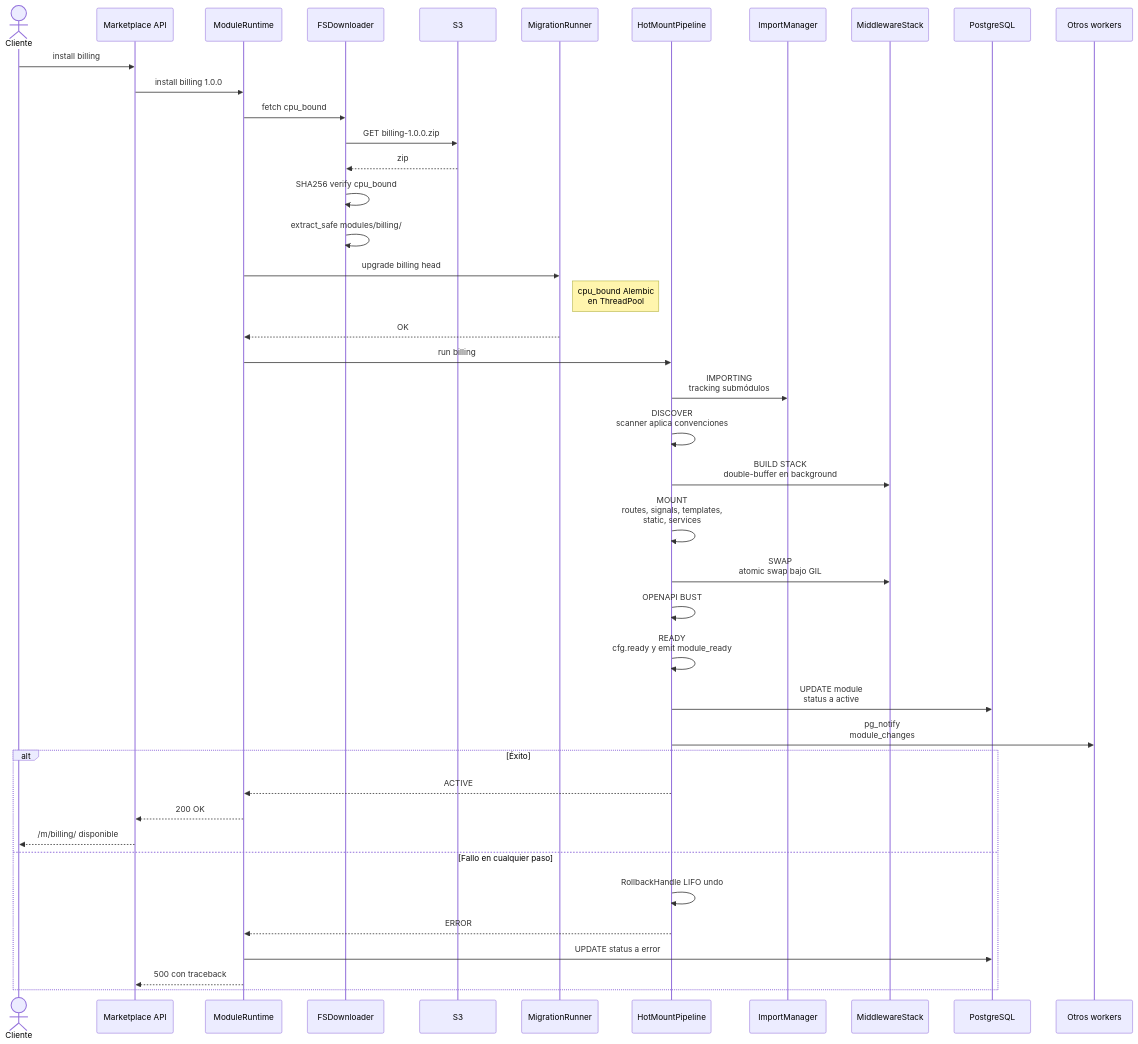
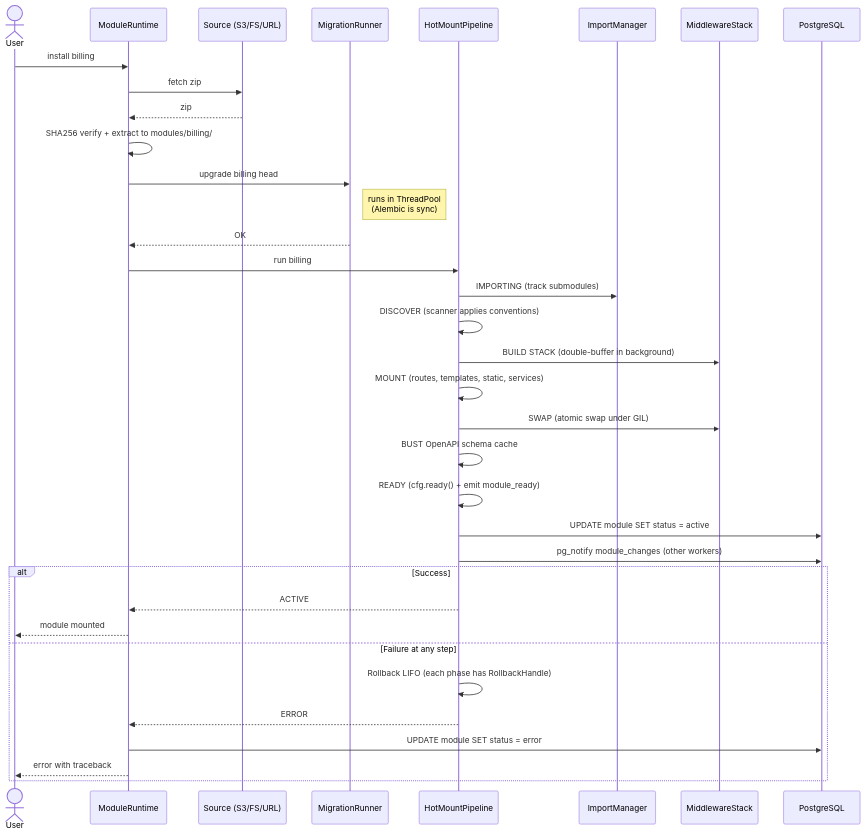
Before and after one commit to ERPlora/hotframe: the fourth of 5 diagrams in docs/ARCHITECTURE.md, drawn with Mermaid. The commit also changed other lines of this file and 25 other files, not shown here.

````diff
--- a/docs/ARCHITECTURE.md
+++ b/docs/ARCHITECTURE.md
@@ -435,50 +432,42 @@
 ```mermaid
 sequenceDiagram
-    actor Cliente
-    participant API as Marketplace API
-    participant Runtime as ModuleRuntime
-    participant Download as FSDownloader
-    participant S3
+    actor User
+    participant API as ModuleRuntime
+    participant Download as Source (S3/FS/URL)
     participant Migr as MigrationRunner
     participant Pipe as HotMountPipeline
     participant Import as ImportManager
     participant Mid as MiddlewareStack
     participant DB as PostgreSQL
-    participant Workers as Otros workers
 
-    Cliente->>API: install billing
-    API->>Runtime: install billing 1.0.0
+    User->>API: install billing
+    API->>Download: fetch zip
+    Download-->>API: zip
+    API->>API: SHA256 verify + extract to modules/billing/
 
-    Runtime->>Download: fetch cpu_bound
-    Download->>S3: GET billing-1.0.0.zip
-    S3-->>Download: zip
-    Download->>Download: SHA256 verify cpu_bound
-    Download->>Download: extract_safe modules/billing/
+    API->>Migr: upgrade billing head
+    note right of Migr: runs in ThreadPool<br/>(Alembic is sync)
+    Migr-->>API: OK
 
-    Runtime->>Migr: upgrade billing head
-    note right of Migr: cpu_bound Alembic<br/>en ThreadPool
-    Migr-->>Runtime: OK
+    API->>Pipe: run billing
 
-    Runtime->>Pipe: run billing
+    Pipe->>Import: IMPORTING (track submodules)
+    Pipe->>Pipe: DISCOVER (scanner applies conventions)
+    Pipe->>Mid: BUILD STACK (double-buffer in background)
+    Pipe->>Pipe: MOUNT (routes, templates, static, services)
+    Pipe->>Mid: SWAP (atomic swap under GIL)
+    Pipe->>Pipe: BUST OpenAPI schema cache
+    Pipe->>Pipe: READY (cfg.ready() + emit module_ready)
+    Pipe->>DB: UPDATE module SET status = active
+    Pipe->>DB: pg_notify module_changes (other workers)
 
-    Pipe->>Import: IMPORTING<br/>tracking submódulos
-    Pipe->>Pipe: DISCOVER<br/>scanner aplica convenciones
-    Pipe->>Mid: BUILD STACK<br/>double-buffer en background
-    Pipe->>Pipe: MOUNT<br/>routes, signals, templates,<br/>static, services
-    Pipe->>Mid: SWAP<br/>atomic swap bajo GIL
-    Pipe->>Pipe: OPENAPI BUST
-    Pipe->>Pipe: READY<br/>cfg.ready y emit module_ready
-    Pipe->>DB: UPDATE module<br/>status a active
-    Pipe->>Workers: pg_notify<br/>module_changes
-
-    alt Éxito
-        Pipe-->>Runtime: ACTIVE
-        Runtime-->>API: 200 OK
-        API-->>Cliente: /m/billing/ disponible
-    else Fallo en cualquier paso
-        Pipe->>Pipe: RollbackHandle LIFO undo
-        Pipe-->>Runtime: ERROR
-        Runtime->>DB: UPDATE status a error
-        Runtime-->>API: 500 con traceback
+    alt Success
+        Pipe-->>API: ACTIVE
+        API-->>User: module mounted
+    else Failure at any step
+        Pipe->>Pipe: Rollback LIFO (each phase has RollbackHandle)
+        Pipe-->>API: ERROR
+        API->>DB: UPDATE module SET status = error
+        API-->>User: error with traceback
     end
 ```
````
